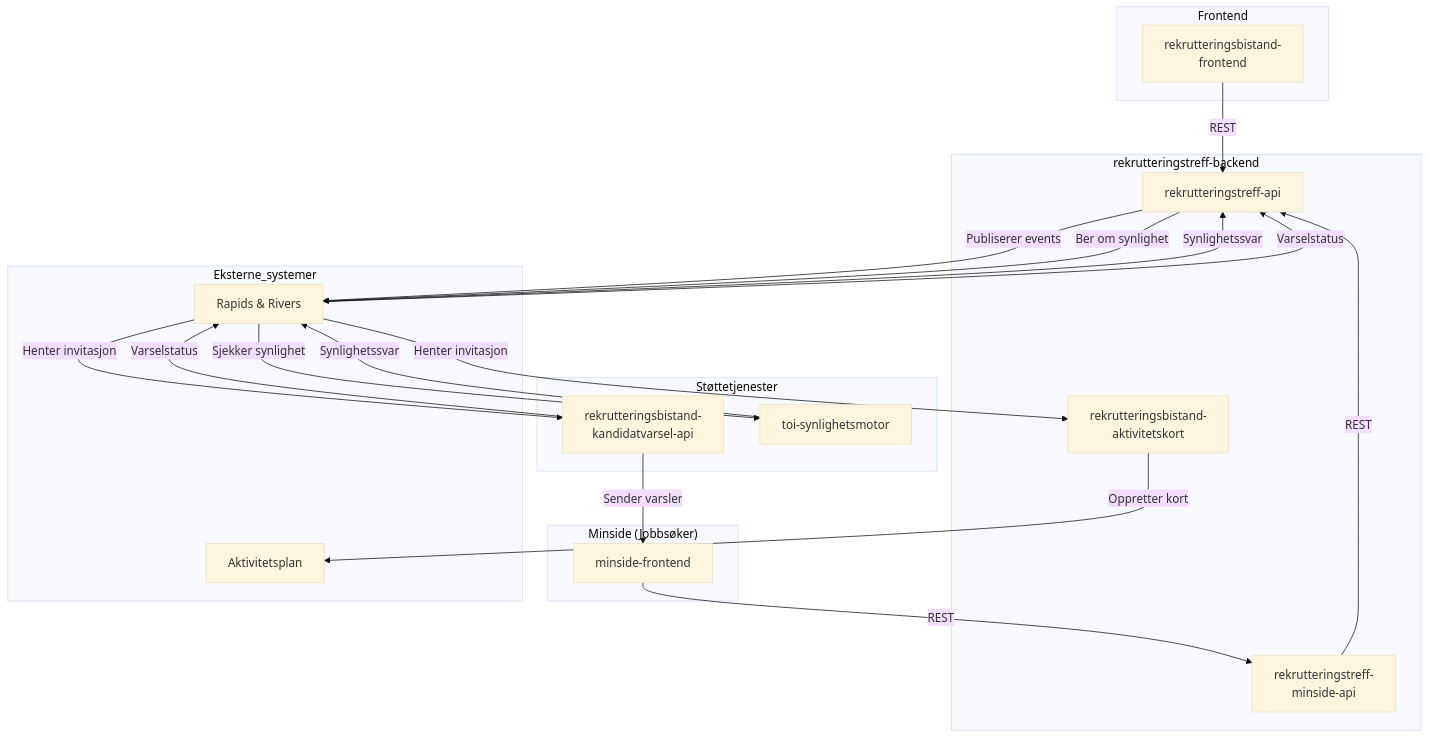
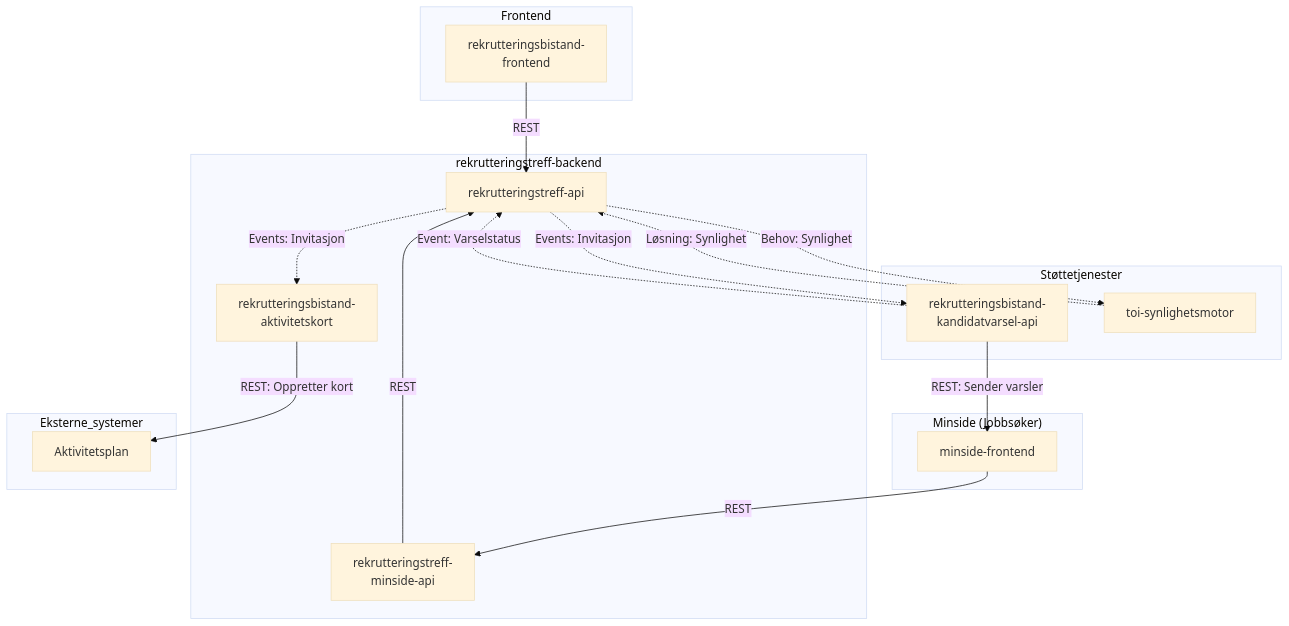
The diagram in docs/1-oversikt/oversikt.md (navikt/rekrutteringstreff-backend), drawn with Mermaid (base theme) before and after one commit. The commit also changed other lines of this file, not shown here.

Commit message:
Forenkle oversikt

````diff
--- a/docs/1-oversikt/oversikt.md
+++ b/docs/1-oversikt/oversikt.md
@@ -17,48 +17,41 @@
 ```mermaid
 graph TD
     subgraph Frontend
         RBF[rekrutteringsbistand-<br/>frontend]
     end
 
     subgraph "Minside (Jobbsøker)"
         MINSIDE_FE[minside-frontend]
     end
 
     subgraph "rekrutteringstreff-backend"
         API[rekrutteringstreff-api]
         MINSIDE_API[rekrutteringstreff-<br/>minside-api]
         AK[rekrutteringsbistand-<br/>aktivitetskort]
     end
 
     subgraph Støttetjenester
         VARSEL[rekrutteringsbistand-<br/>kandidatvarsel-api]
         SYN[toi-synlighetsmotor]
     end
 
     subgraph Eksterne_systemer
-        RAPIDS[Rapids & Rivers]
         AKTIVITET[Aktivitetsplan]
     end
 
-    %% Kommunikasjon
+    %% Kommunikasjon (REST)
     RBF -->|REST| API
     MINSIDE_FE -->|REST| MINSIDE_API
     MINSIDE_API -->|REST| API
+    VARSEL -->|REST: Sender varsler| MINSIDE_FE
+    AK -->|REST: Oppretter kort| AKTIVITET
 
-    %% Kafka-flyt
-    API -->|Publiserer events| RAPIDS
-    API -->|Ber om synlighet| RAPIDS
+    %% Kafka-flyt (Rapids & Rivers)
+    %% Stiplet linje indikerer asynkron kommunikasjon via Kafka
+    API -.->|Events: Invitasjon| AK
+    API -.->|Events: Invitasjon| VARSEL
+    API -.->|Behov: Synlighet| SYN
 
-    RAPIDS -->|Henter invitasjon| AK
-    RAPIDS -->|Henter invitasjon| VARSEL
-    RAPIDS -->|Sjekker synlighet| SYN
-
-    SYN -->|Synlighetssvar| RAPIDS
-    RAPIDS -->|Synlighetssvar| API
-
-    VARSEL -->|Sender varsler| MINSIDE_FE
-    VARSEL -->|Varselstatus| RAPIDS
-    RAPIDS -->|Varselstatus| API
-
-    AK -->|Oppretter kort| AKTIVITET
+    SYN -.->|Løsning: Synlighet| API
+    VARSEL -.->|Event: Varselstatus| API
 ```
````
